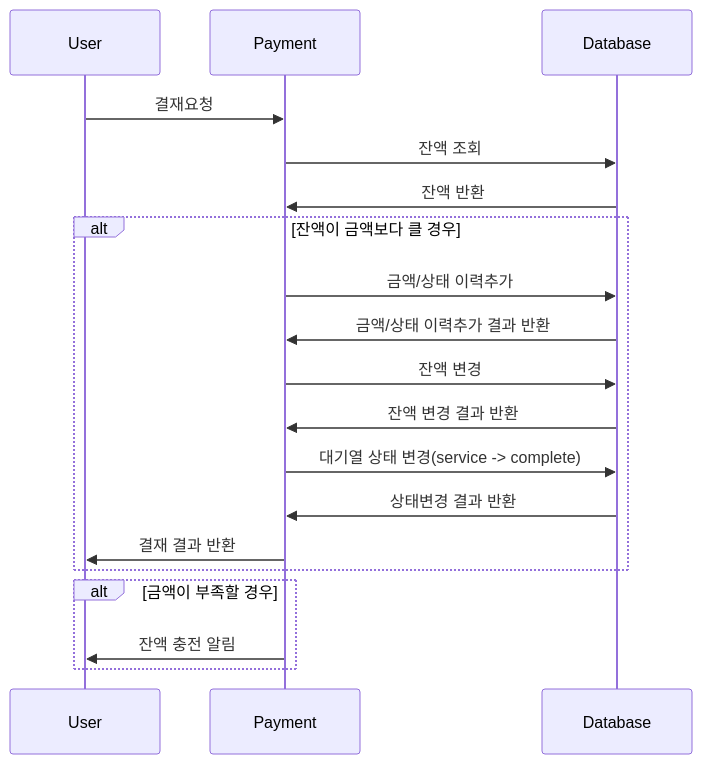
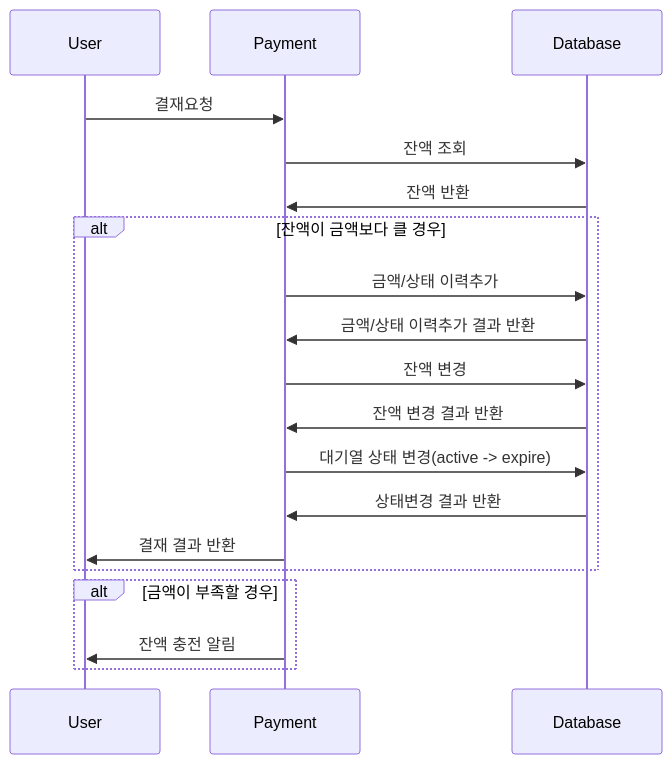
One commit to durara021/hhplus-server-construction changed the fourth of 6 diagrams in README.md. Above: the diagram before and after it, drawn with Mermaid. The commit also changed other lines of this file, not shown here.

````diff
--- a/README.md
+++ b/README.md
@@ -94,24 +94,24 @@
 ```mermaid
 sequenceDiagram
     participant User
     participant Payment
     participant Database
 
     User ->> Payment: 결재요청
     Payment ->> Database: 잔액 조회
     Database ->> Payment: 잔액 반환
 
     alt 잔액이 금액보다 클 경우
     Payment ->> Database: 금액/상태 이력추가
     Database ->> Payment: 금액/상태 이력추가 결과 반환
     Payment ->> Database: 잔액 변경
     Database ->> Payment: 잔액 변경 결과 반환
-    Payment ->> Database: 대기열 상태 변경(service -> complete)
+    Payment ->> Database: 대기열 상태 변경(active -> expire)
     Database ->> Payment: 상태변경 결과 반환
     Payment ->> User: 결재 결과 반환
     end
     
     alt 금액이 부족할 경우
         Payment ->>  User: 잔액 충전 알림
     end
 ```
````
